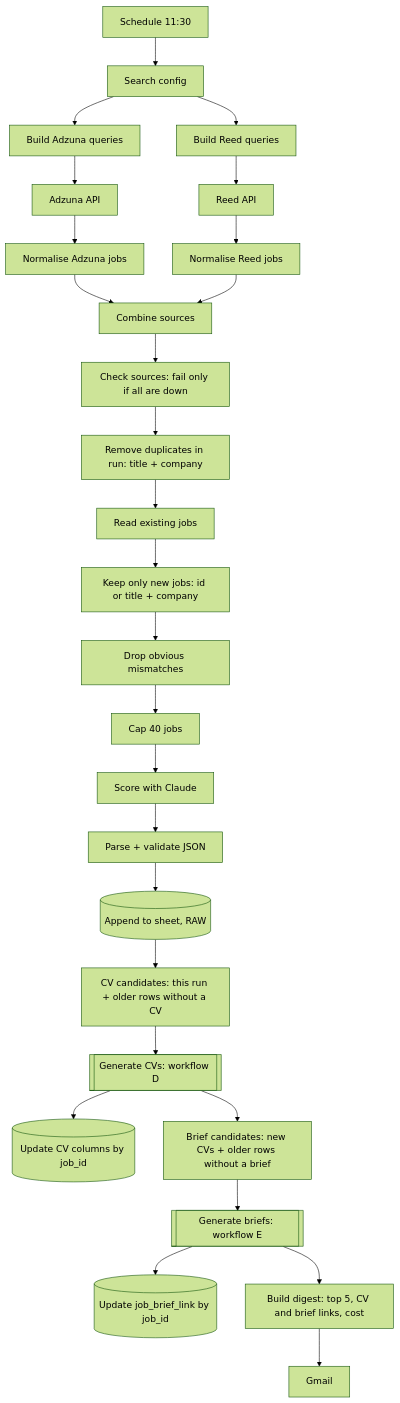
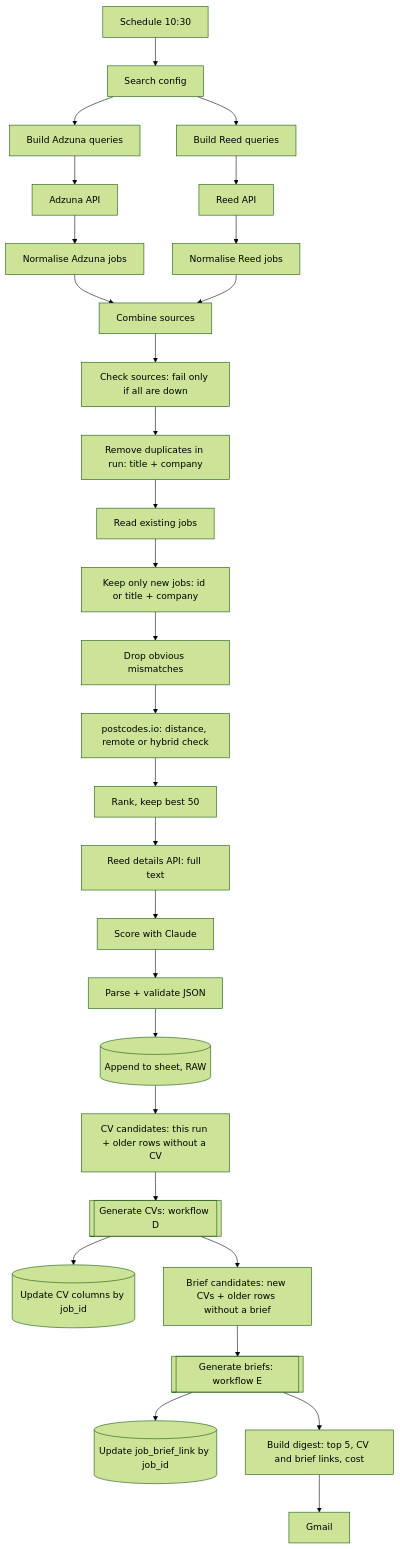
Before and after one commit to WilliamHepton/ai-job-search-assistant: the second of 6 diagrams in docs/architecture.md, drawn with Mermaid (forest theme). The commit also changed 6 other files, not shown here.

First line of the commit message:
Retarget job search and check location in code

````diff
--- a/docs/architecture.md
+++ b/docs/architecture.md
@@ -18,19 +18,19 @@
 ```mermaid
 flowchart TD
-    S[Schedule 11:30] --> CFG[Search config]
+    S[Schedule 10:30] --> CFG[Search config]
     CFG --> AQ[Build Adzuna queries] --> AZ[Adzuna API] --> AN[Normalise Adzuna jobs]
     CFG --> RQ[Build Reed queries] --> RD[Reed API] --> RN[Normalise Reed jobs]
     AN & RN --> M[Combine sources] --> CS[Check sources: fail only if all are down]
     CS --> D1[Remove duplicates in run: title + company]
     D1 --> RE[Read existing jobs] --> D2[Keep only new jobs: id or title + company]
-    D2 --> F[Drop obvious mismatches] --> CAP[Cap 40 jobs]
-    CAP --> SC[Score with Claude] --> P[Parse + validate JSON]
+    D2 --> F[Drop obvious mismatches] --> GEO[postcodes.io: distance, remote or hybrid check] --> CAP[Rank, keep best 50]
+    CAP --> FT[Reed details API: full text] --> SC[Score with Claude] --> P[Parse + validate JSON]
     P --> GS[(Append to sheet, RAW)]
     GS --> CC[CV candidates: this run + older rows without a CV]
     CC --> GEN[[Generate CVs: workflow D]]
     GEN --> UP[(Update CV columns by job_id)]
     GEN --> BC[Brief candidates: new CVs + older rows without a brief]
     BC --> BR[[Generate briefs: workflow E]]
     BR --> UB[(Update job_brief_link by job_id)]
     BR --> DG[Build digest: top 5, CV and brief links, cost] --> GM[Gmail]
 ```
````
